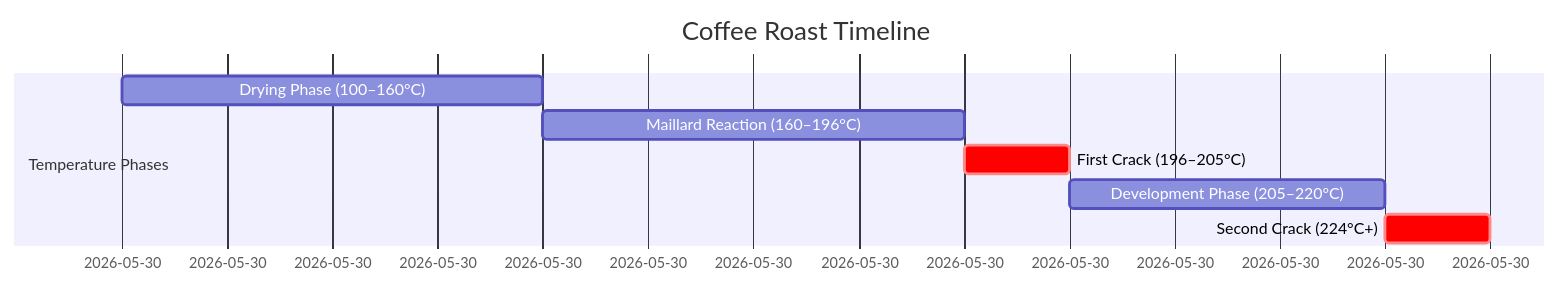
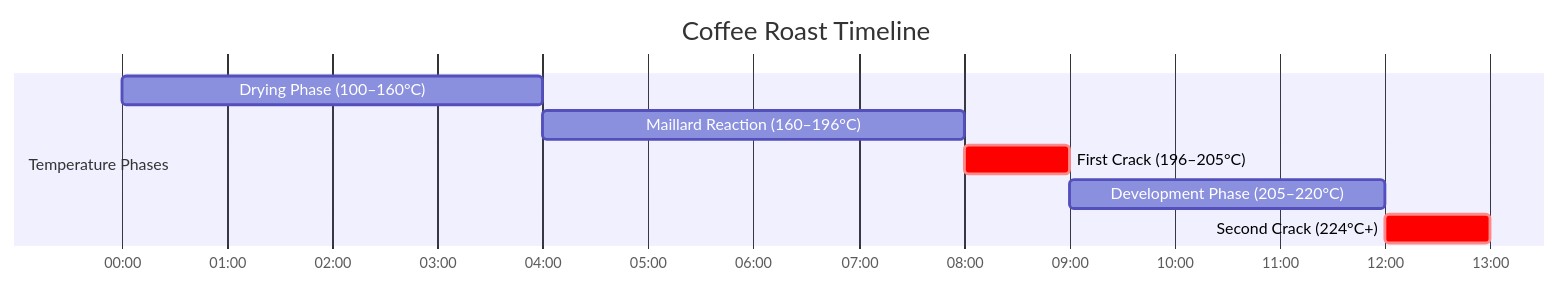
Before and after one commit to Matrixxboy/zonebarista: the diagram in public/coffee-knowledge-base/roasting/roast-science.md, drawn with Mermaid. The commit also changed 4 other files, not shown here.

````diff
--- a/public/coffee-knowledge-base/roasting/roast-science.md
+++ b/public/coffee-knowledge-base/roasting/roast-science.md
@@ -50,11 +50,12 @@
 ```mermaid
 gantt
     title Coffee Roast Timeline
     dateFormat mm:ss
+    axisFormat %M:%S
     section Temperature Phases
     Drying Phase (100–160°C)         :a1, 00:00, 4m
     Maillard Reaction (160–196°C)    :a2, 04:00, 4m
     First Crack (196–205°C)          :crit, a3, 08:00, 1m
     Development Phase (205–220°C)    :a4, 09:00, 3m
     Second Crack (224°C+)            :crit, a5, 12:00, 1m
 ```
````
